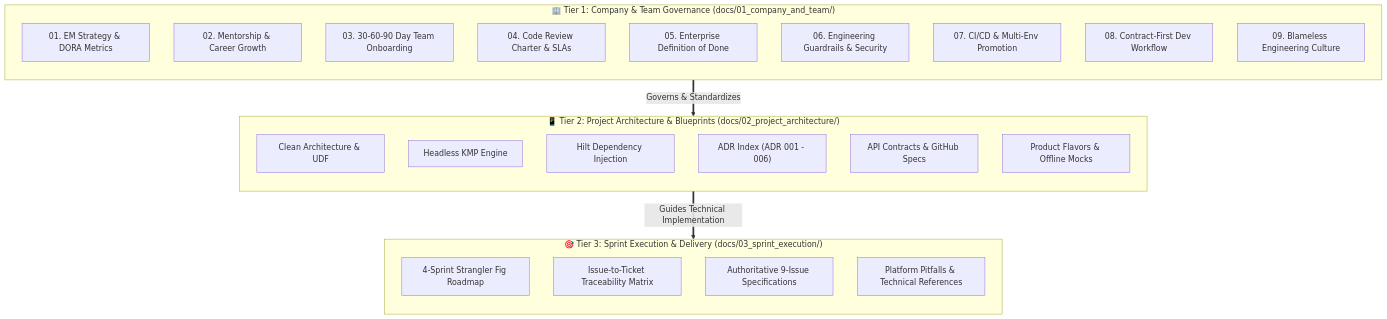
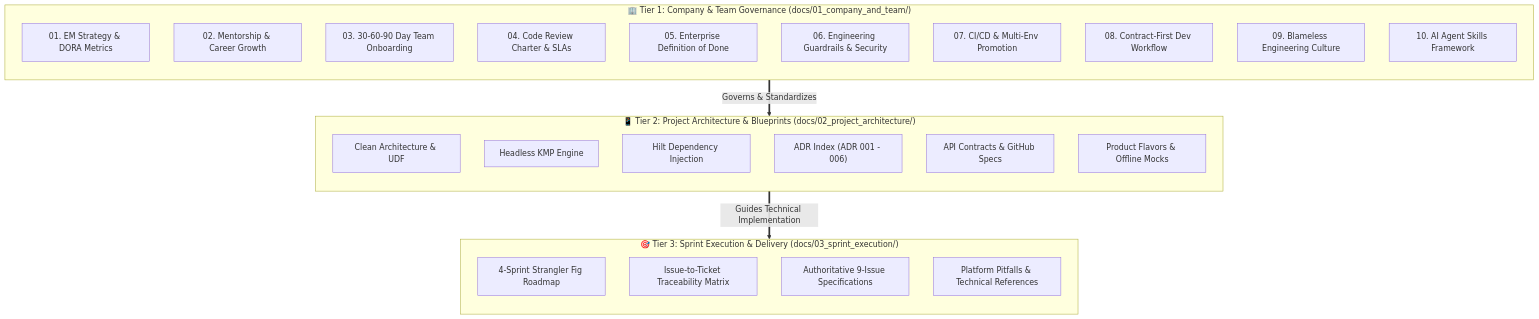
The diagram in docs/readme.md (dinkar1708/dinakar-android-engineer-codecheck), drawn with Mermaid before and after one commit. The commit also changed other lines of this file and 13 other files, not shown here.

First line of the commit message:
chore: track AI skills framework, add guide, and update project guidelines

````diff
--- a/docs/readme.md
+++ b/docs/readme.md
@@ -14,36 +14,37 @@
 ```mermaid
 flowchart TD
     subgraph Tier1["🏢 Tier 1: Company & Team Governance (docs/01_company_and_team/)"]
         direction TB
         T1_1["01. EM Strategy & DORA Metrics"]
         T1_2["02. Mentorship & Career Growth"]
         T1_3["03. 30-60-90 Day Team Onboarding"]
         T1_4["04. Code Review Charter & SLAs"]
         T1_5["05. Enterprise Definition of Done"]
         T1_6["06. Engineering Guardrails & Security"]
         T1_7["07. CI/CD & Multi-Env Promotion"]
         T1_8["08. Contract-First Dev Workflow"]
         T1_9["09. Blameless Engineering Culture"]
+        T1_10["10. AI Agent Skills Framework"]
     end
 
     subgraph Tier2["📱 Tier 2: Project Architecture & Blueprints (docs/02_project_architecture/)"]
         direction TB
         T2_1["Clean Architecture & UDF"]
         T2_2["Headless KMP Engine"]
         T2_3["Hilt Dependency Injection"]
         T2_4["ADR Index (ADR 001 - 006)"]
         T2_5["API Contracts & GitHub Specs"]
         T2_6["Product Flavors & Offline Mocks"]
     end
 
     subgraph Tier3["🎯 Tier 3: Sprint Execution & Delivery (docs/03_sprint_execution/)"]
         direction TB
         T3_1["4-Sprint Strangler Fig Roadmap"]
         T3_2["Issue-to-Ticket Traceability Matrix"]
         T3_3["Authoritative 9-Issue Specifications"]
         T3_4["Platform Pitfalls & Technical References"]
     end
 
     Tier1 ==>|Governs & Standardizes| Tier2
     Tier2 ==>|Guides Technical Implementation| Tier3
 ```
````
